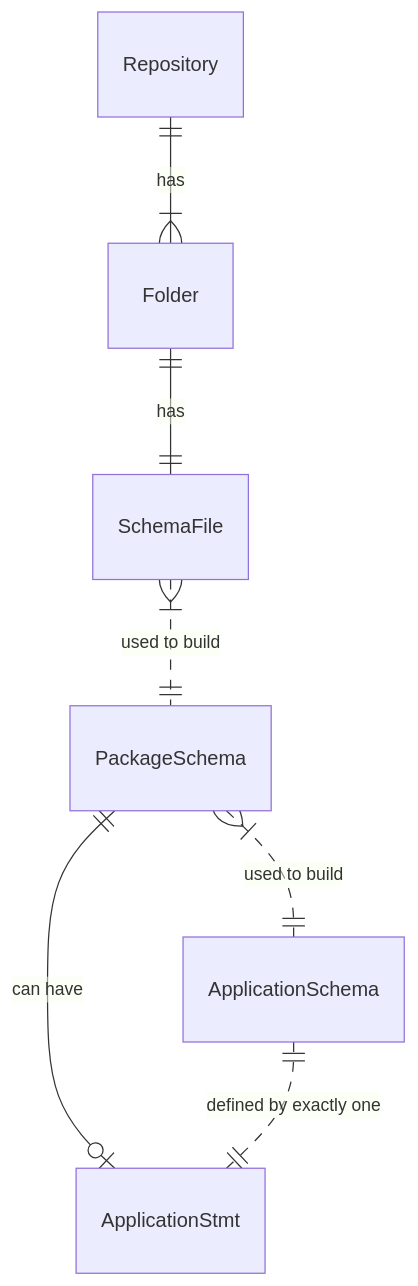
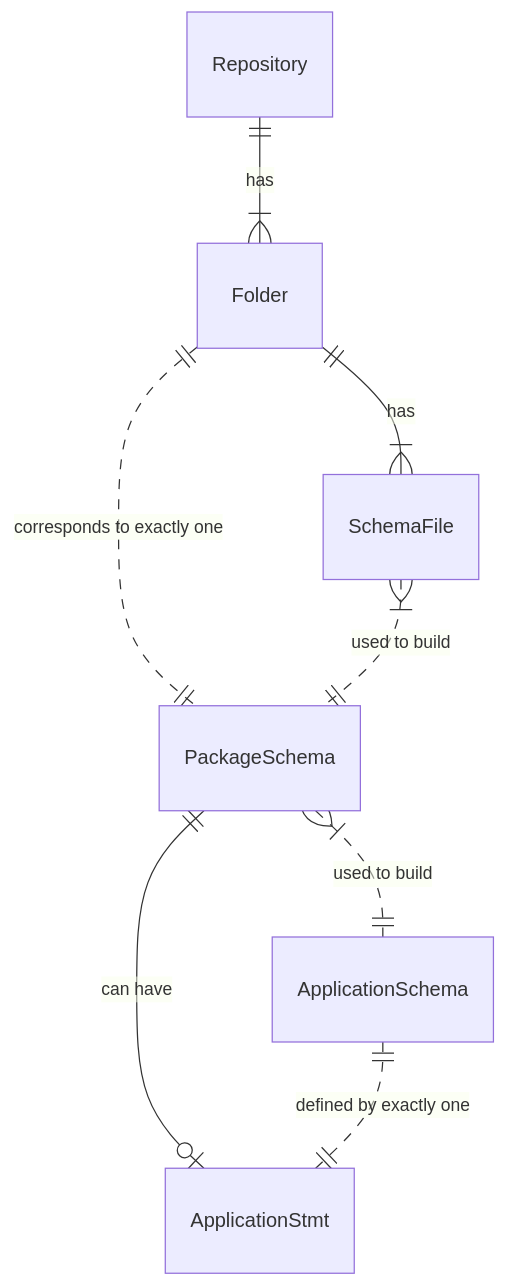
Diagram 11 of 13 in design/README.md (voedger/voedger), drawn with Mermaid before and after one commit.

Commit message:
Update README.md, Folder - PackageSchema relation

````diff
--- a/design/README.md
+++ b/design/README.md
@@ -378,20 +378,21 @@
 ```mermaid
   erDiagram
   
   %% Entities
 
   Repository
   Folder
   PackageSchema 
   SchemaFile
   ApplicationSchema
   ApplicationStmt
 
   %% Relationships
   Repository ||--|{ Folder : "has"
-  Folder ||--|| SchemaFile : "has" 
+  Folder ||--|{ SchemaFile : "has"
+  Folder ||..|| PackageSchema :"corresponds to exactly one"
   SchemaFile |{..|| PackageSchema : "used to build"
   PackageSchema ||--o| ApplicationStmt : "can have"
   PackageSchema |{..|| ApplicationSchema : "used to build"
   ApplicationSchema ||..|| ApplicationStmt : "defined by exactly one"
 ```
````
